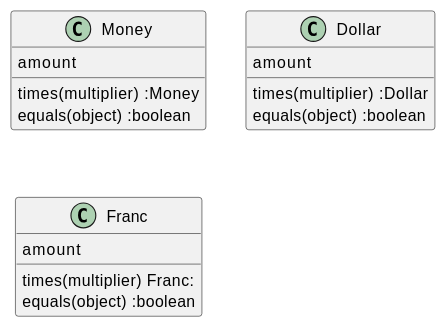
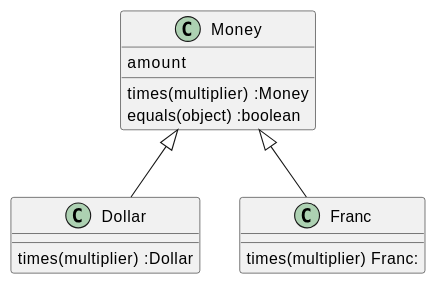
One commit to hiroshima-arc/pragmatic_programing changed the diagram in docs/src/spec/the_money_example.adoc. Above: the diagram before and after it, drawn with PlantUML. The commit also changed other lines of this file and 6 other files, not shown here.

```diff
--- a/docs/src/spec/the_money_example.adoc
+++ b/docs/src/spec/the_money_example.adoc
@@ -55,19 +60,18 @@
 [plantuml]
 ----
 class Money {
   amount
   times(multiplier) :Money
   equals(object) :boolean
 }
 class Dollar {
-  amount
   times(multiplier) :Dollar
-  equals(object) :boolean
 }
 
 class Franc {
-  amount
   times(multiplier) Franc:
-  equals(object) :boolean
 }
+
+Money <|-- Dollar
+Money <|-- Franc
 ----
```
